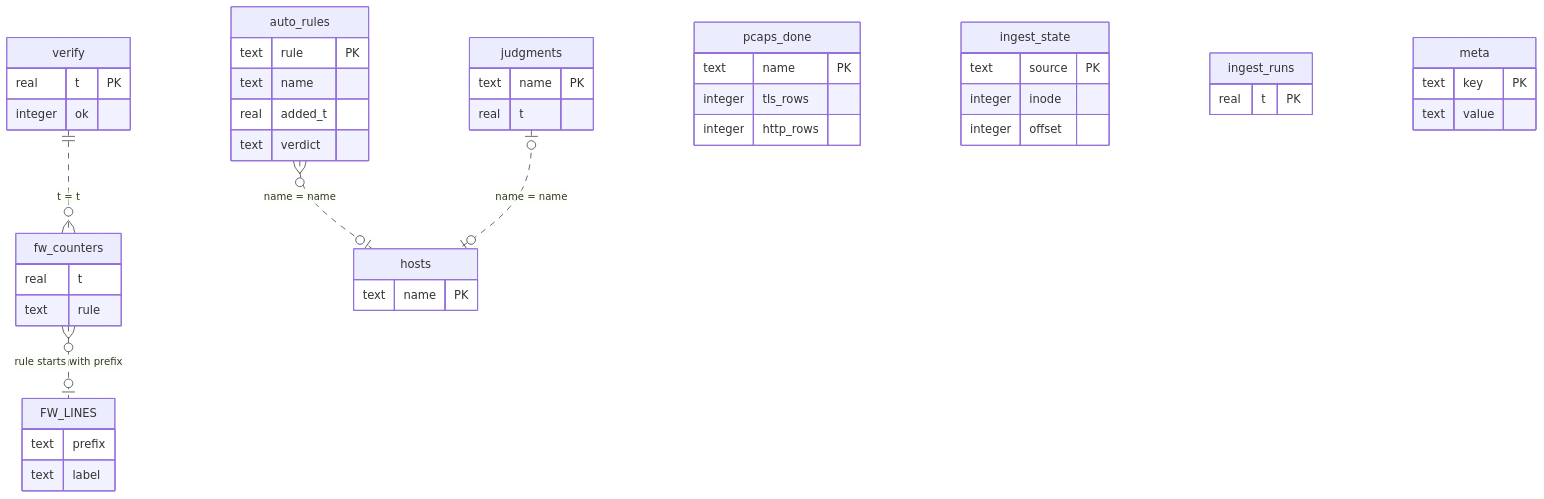
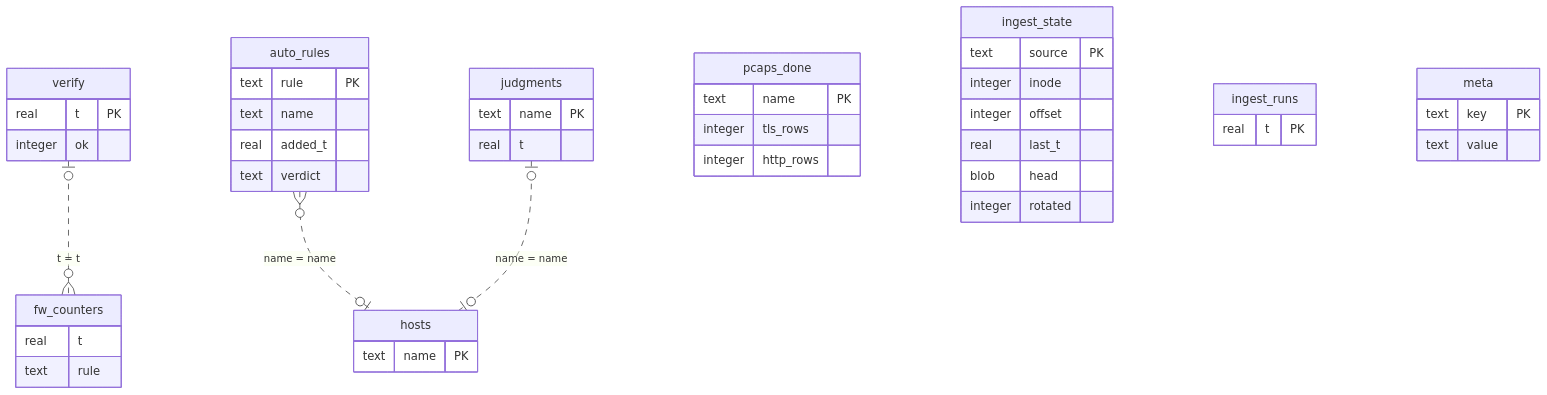
The second of 3 diagrams in docs/data-model.md (kywwilson11/tvgw), drawn with Mermaid before and after one commit. The commit also changed other lines of this file, not shown here.

First line of the commit message:
docs/data-model: the store as main builds it, schema 7

````diff
--- a/docs/data-model.md
+++ b/docs/data-model.md
@@ -409,49 +413,47 @@
 ```mermaid
 erDiagram
-    verify ||..o{ fw_counters : "t = t"
-    fw_counters }o..o| FW_LINES : "rule starts with prefix"
+    verify |o..o{ fw_counters : "t = t"
     auto_rules }o..o| hosts : "name = name"
     judgments |o..o| hosts : "name = name"
     verify {
         real t PK
         integer ok
     }
     fw_counters {
         real t
         text rule
-    }
-    FW_LINES {
-        text prefix
-        text label
     }
     auto_rules {
         text rule PK
         text name
         real added_t
         text verdict
     }
     judgments {
         text name PK
         real t
     }
     hosts {
         text name PK
     }
     pcaps_done {
         text name PK
         integer tls_rows
         integer http_rows
     }
     ingest_state {
         text source PK
         integer inode
         integer offset
+        real last_t
+        blob head
+        integer rotated
     }
     ingest_runs {
         real t PK
     }
     meta {
         text key PK
         text value
     }
 ```
````
